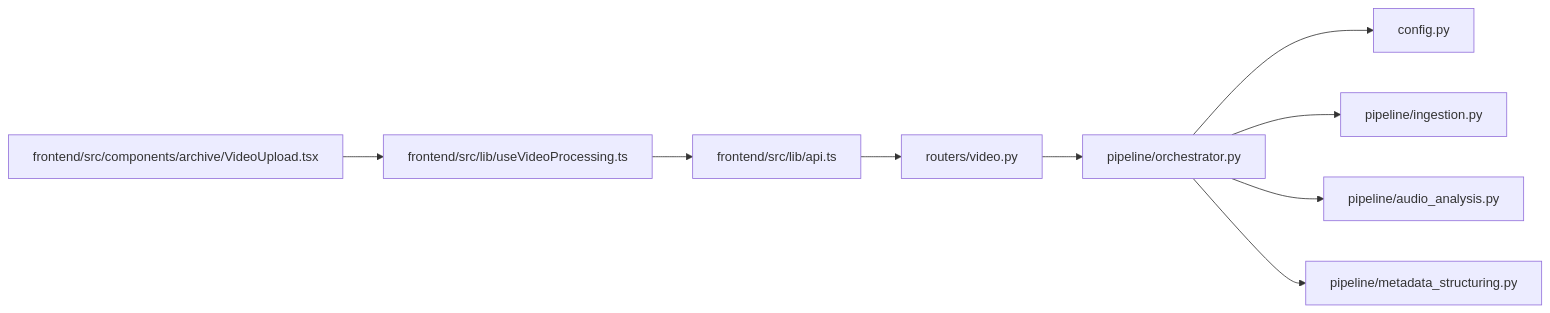
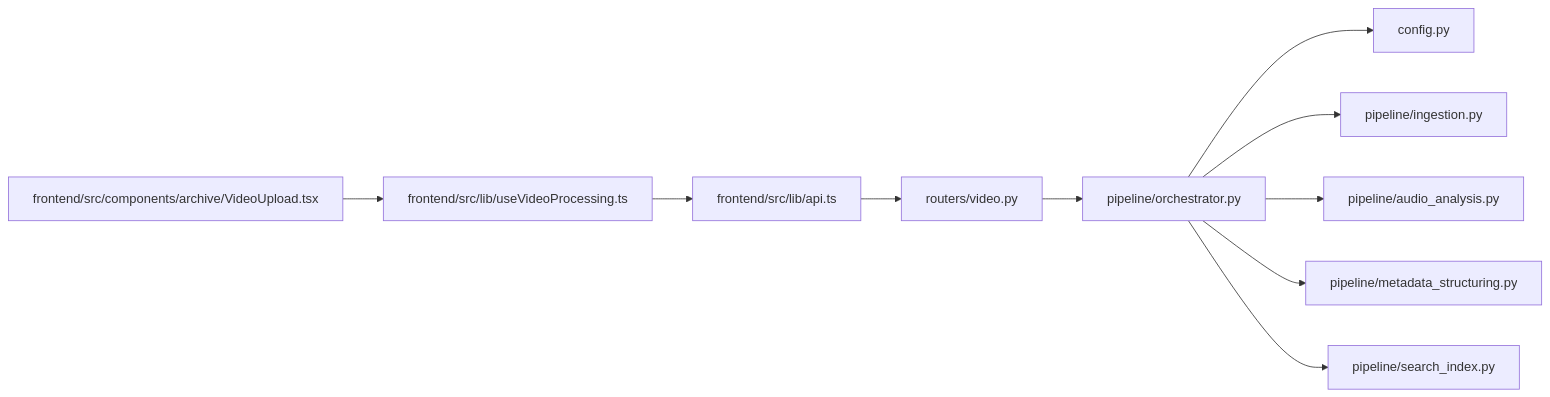
Before and after one commit to alexandreybasta-cyber/dubai-media-ai: the third of 3 diagrams in .qoder/repowiki/en/content/Backend API Reference/Video Processing Endpoints.md, drawn with Mermaid. The commit also changed other lines of this file and 23 other files, not shown here.

````diff
--- a/.qoder/repowiki/en/content/Backend API Reference/Video Processing Endpoints.md
+++ b/.qoder/repowiki/en/content/Backend API Reference/Video Processing Endpoints.md
@@ -351,11 +491,12 @@
 ```mermaid
 graph LR
 Router["routers/video.py"] --> Orchestrator["pipeline/orchestrator.py"]
 Orchestrator --> Config["config.py"]
 Orchestrator --> Ingestion["pipeline/ingestion.py"]
 Orchestrator --> Audio["pipeline/audio_analysis.py"]
 Orchestrator --> Metadata["pipeline/metadata_structuring.py"]
+Orchestrator --> SearchIndex["pipeline/search_index.py"]
 FrontendAPI["frontend/src/lib/api.ts"] --> Router
 FrontendHook["frontend/src/lib/useVideoProcessing.ts"] --> FrontendAPI
 FrontendUpload["frontend/src/components/archive/VideoUpload.tsx"] --> FrontendHook
 ```
````
